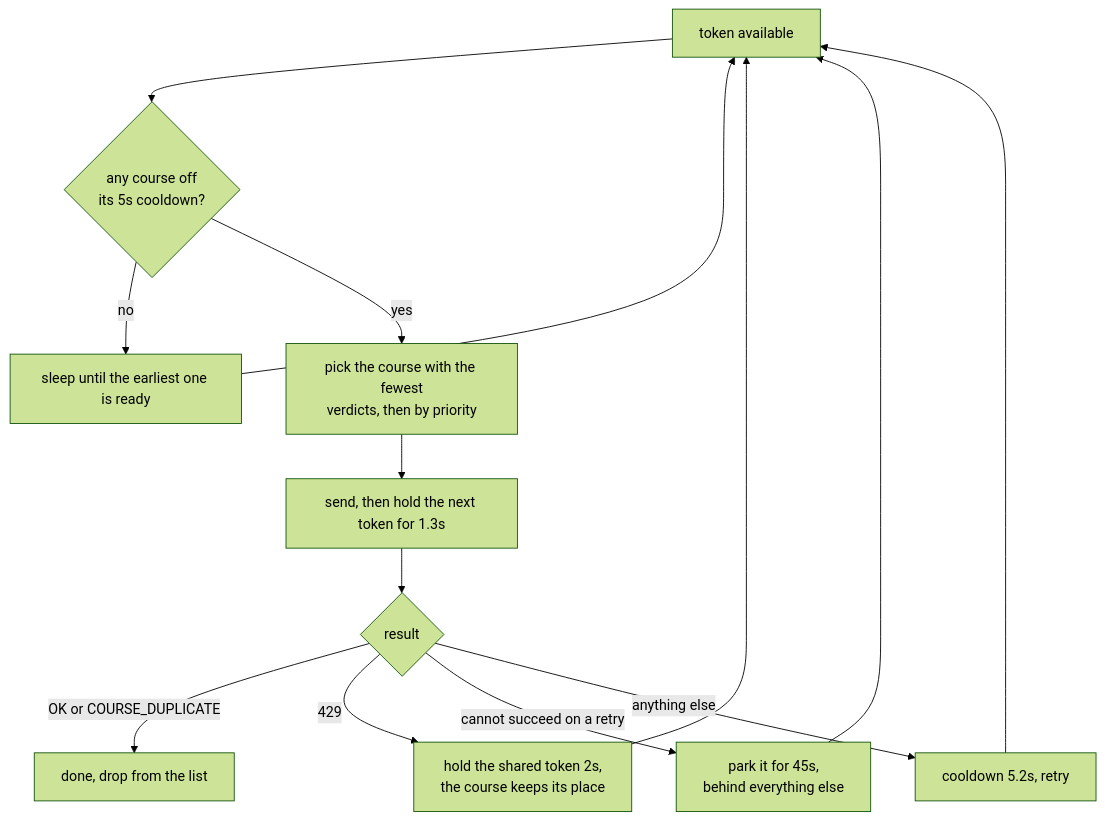
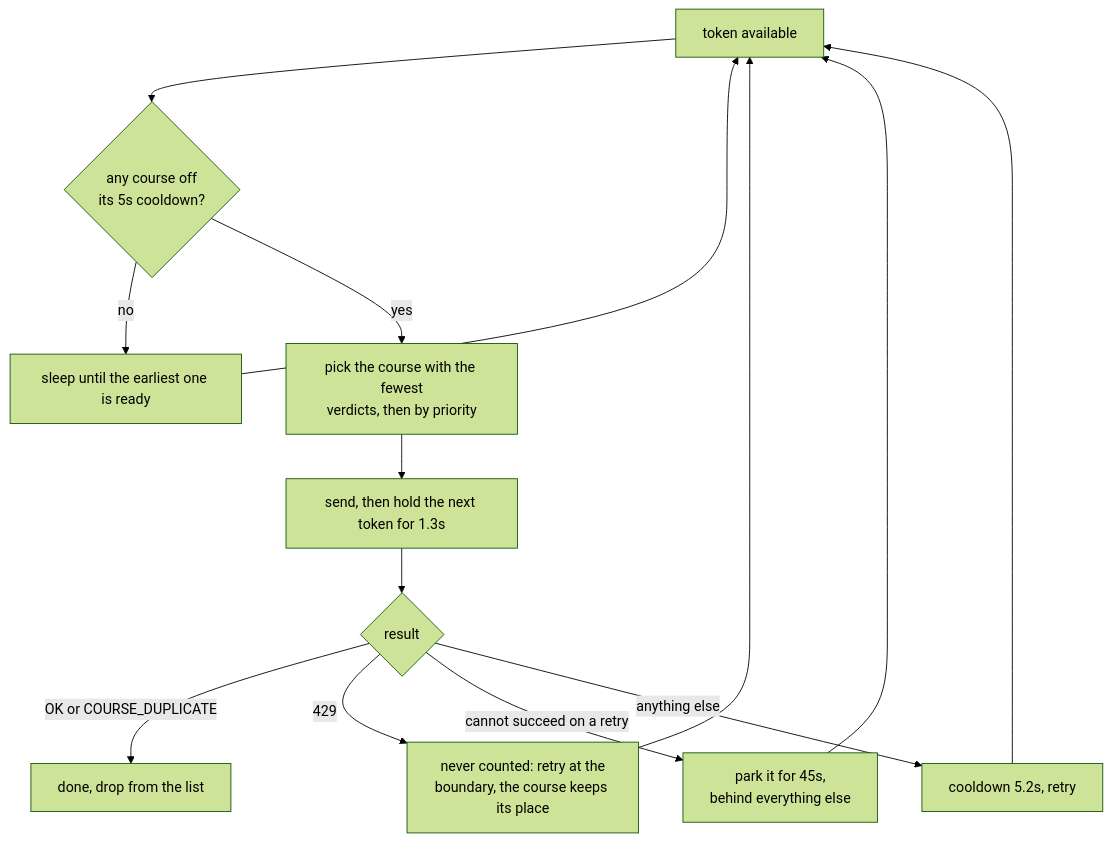
One commit to erfnzdeh/my.edu.sharif.edu-sniper changed the third of 3 diagrams in README.md. Above: the diagram before and after it, drawn with Mermaid (forest theme). The commit also changed other lines of this file and 3 other files, not shown here.

````diff
--- a/README.md
+++ b/README.md
@@ -157,12 +157,12 @@
 ```mermaid
 flowchart TD
     A["token available"] --> B{"any course off<br/>its 5s cooldown?"}
     B -->|no| C["sleep until the earliest one is ready"] --> A
     B -->|yes| D["pick the course with the fewest<br/>verdicts, then by priority"]
     D --> E["send, then hold the next token for 1.3s"]
     E --> F{"result"}
     F -->|"OK or COURSE_DUPLICATE"| G["done, drop from the list"]
-    F -->|"429"| H["hold the shared token 2s,<br/>the course keeps its place"] --> A
+    F -->|"429"| H["never counted: retry at the<br/>boundary, the course keeps its place"] --> A
     F -->|"cannot succeed on a retry"| J["park it for 45s,<br/>behind everything else"] --> A
     F -->|"anything else"| I["cooldown 5.2s, retry"] --> A
 ```
````
